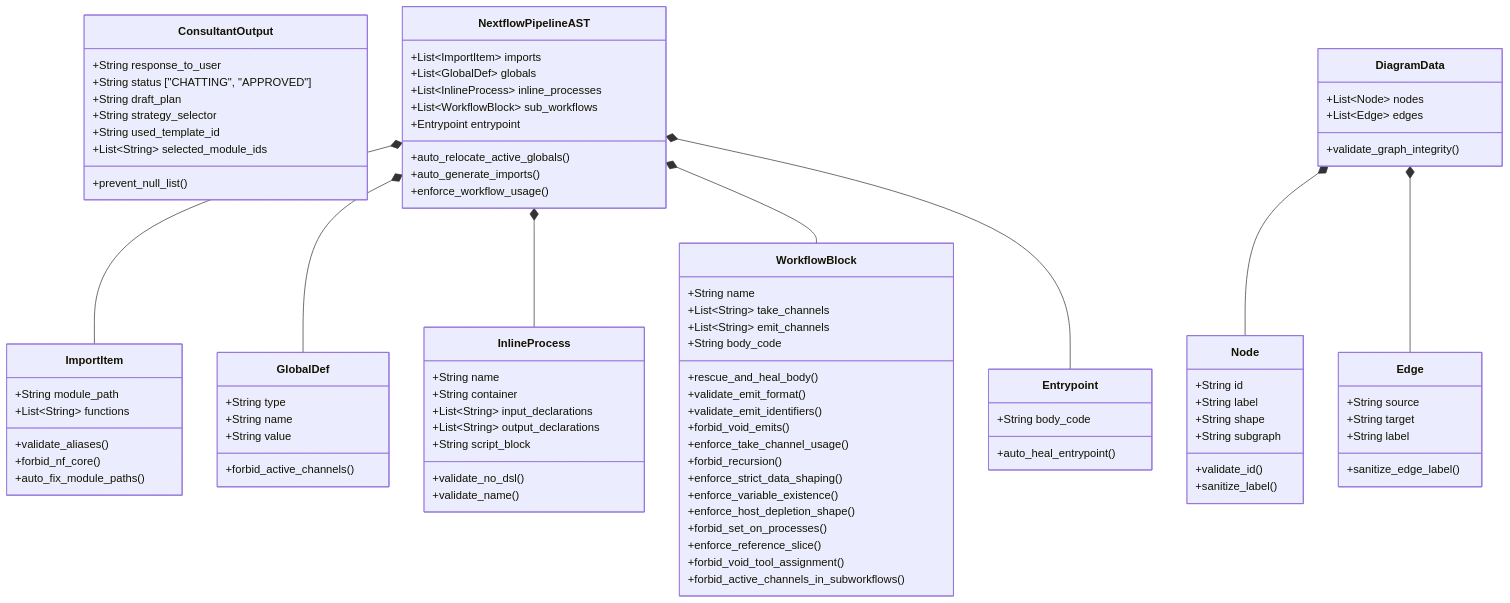
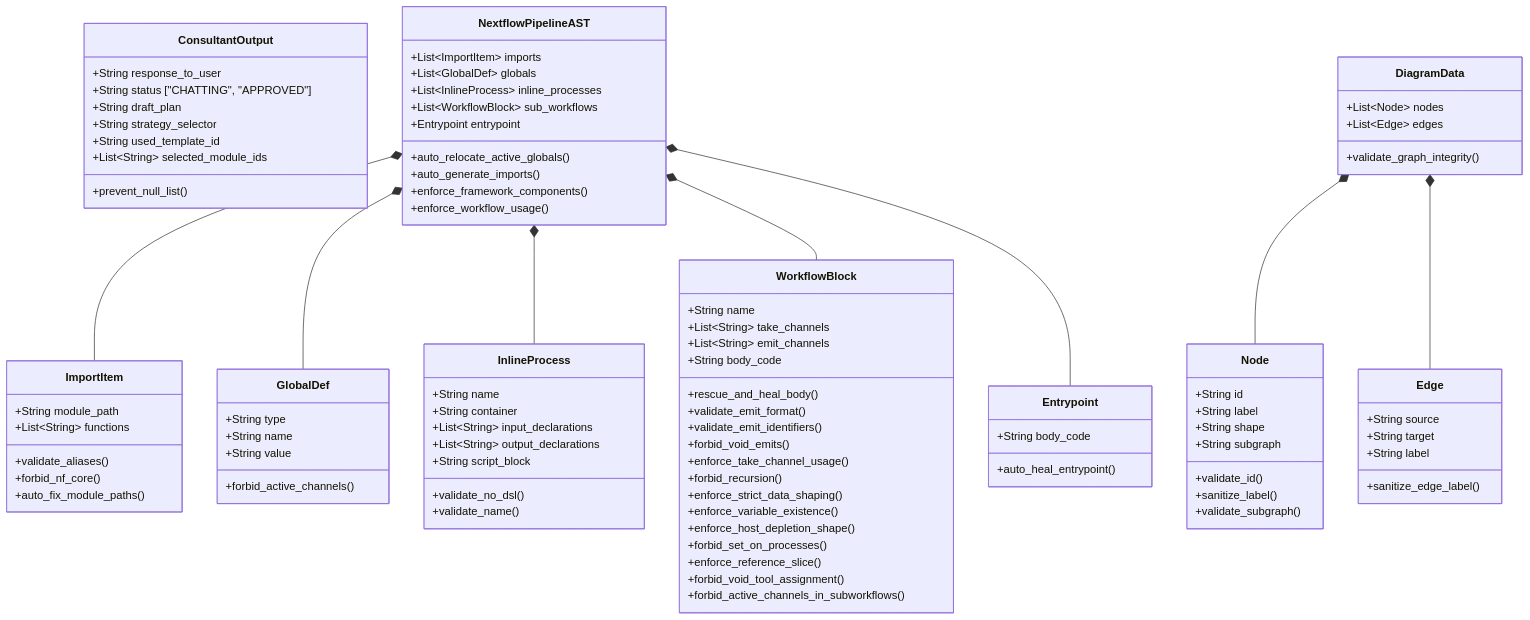
The diagram in app/models/README.md (Tsailgan/izs-llm), drawn with Mermaid before and after one commit. The commit also changed other lines of this file and 4 other files, not shown here.

```diff
--- a/app/models/README.md
+++ b/app/models/README.md
@@ -18,14 +18,14 @@
         +List~String~ selected_module_ids
         +prevent_null_list()
     }
-    
+
     %% Architect AST Models
     NextflowPipelineAST *-- ImportItem
     NextflowPipelineAST *-- GlobalDef
     NextflowPipelineAST *-- InlineProcess
     NextflowPipelineAST *-- WorkflowBlock
     NextflowPipelineAST *-- Entrypoint
-    
+
     class NextflowPipelineAST {
         +List~ImportItem~ imports
         +List~GlobalDef~ globals
@@ -34,6 +34,7 @@
         +Entrypoint entrypoint
         +auto_relocate_active_globals()
         +auto_generate_imports()
+        +enforce_framework_components()
         +enforce_workflow_usage()
     }
     class WorkflowBlock {
@@ -98,6 +99,7 @@
         +String subgraph
         +validate_id()
         +sanitize_label()
+        +validate_subgraph()
     }
     class Edge {
         +String source
```
